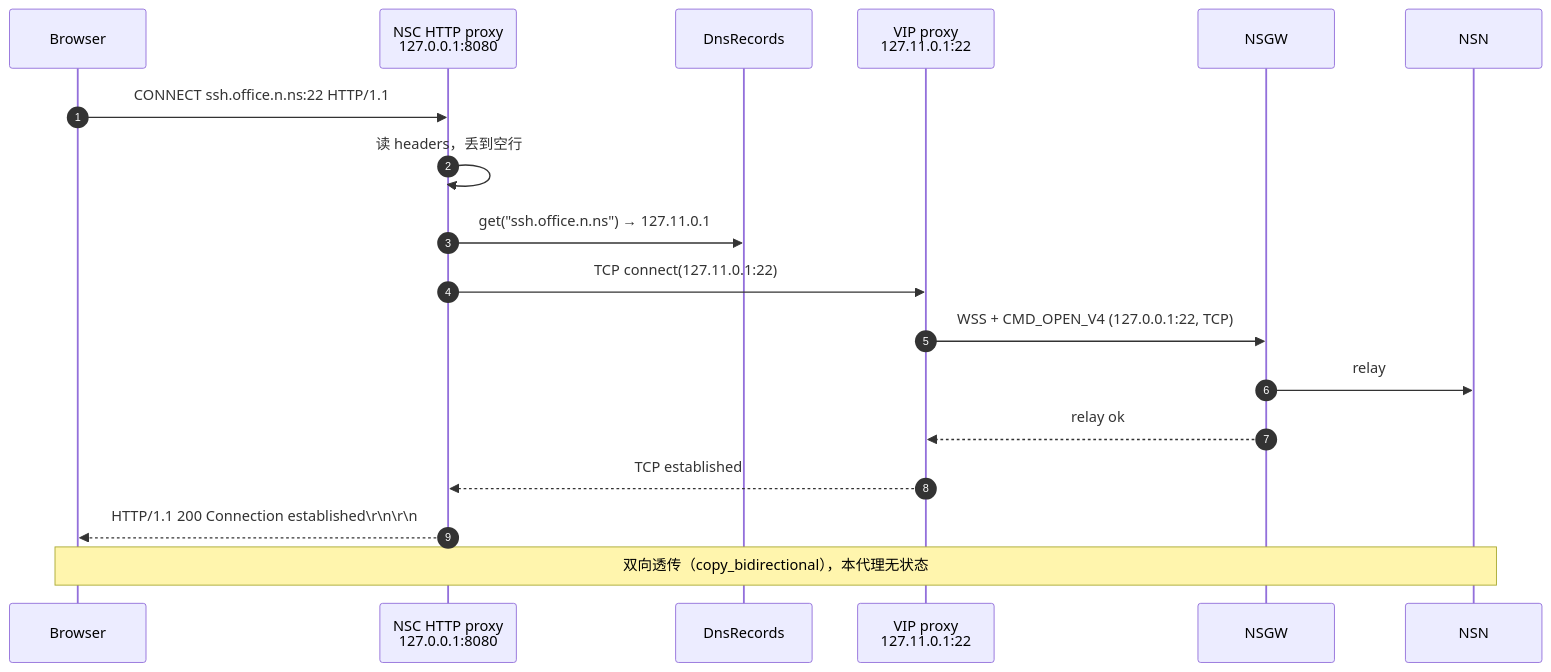
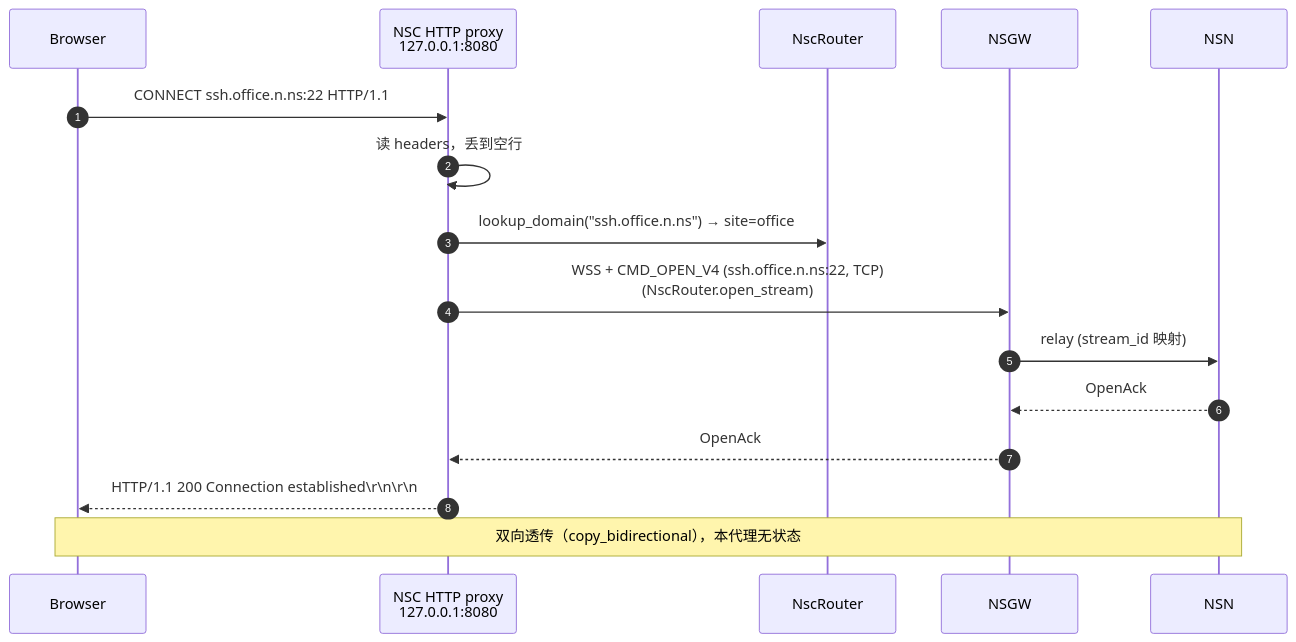
Before and after one commit to nsiod/docs: the second of 2 diagrams in docs/06-nsc-client/http-proxy.md, drawn with Mermaid. The commit also changed other lines of this file and 3 other files, not shown here.

First line of the commit message:
docs(nsc): configurable DNS listener + HTTP proxy direct-to-NSGW

````diff
--- a/docs/06-nsc-client/http-proxy.md
+++ b/docs/06-nsc-client/http-proxy.md
@@ -99,21 +110,19 @@
 ```mermaid
 sequenceDiagram
   autonumber
   participant B as Browser
   participant HP as NSC HTTP proxy<br/>127.0.0.1:8080
-  participant DNS as DnsRecords
-  participant VIP as VIP proxy<br/>127.11.0.1:22
+  participant R as NscRouter
   participant GW as NSGW
   participant NSN
 
   B->>HP: CONNECT ssh.office.n.ns:22 HTTP/1.1
   HP->>HP: 读 headers，丢到空行
-  HP->>DNS: get("ssh.office.n.ns") → 127.11.0.1
-  HP->>VIP: TCP connect(127.11.0.1:22)
-  VIP->>GW: WSS + CMD_OPEN_V4 (127.0.0.1:22, TCP)
-  GW->>NSN: relay
-  GW-->>VIP: relay ok
-  VIP-->>HP: TCP established
+  HP->>R: lookup_domain("ssh.office.n.ns") → site=office
+  HP->>GW: WSS + CMD_OPEN_V4 (ssh.office.n.ns:22, TCP)<br/>(NscRouter.open_stream)
+  GW->>NSN: relay (stream_id 映射)
+  NSN-->>GW: OpenAck
+  GW-->>HP: OpenAck
   HP-->>B: HTTP/1.1 200 Connection established\r\n\r\n
   Note over B,NSN: 双向透传（copy_bidirectional），本代理无状态
 ```
````
